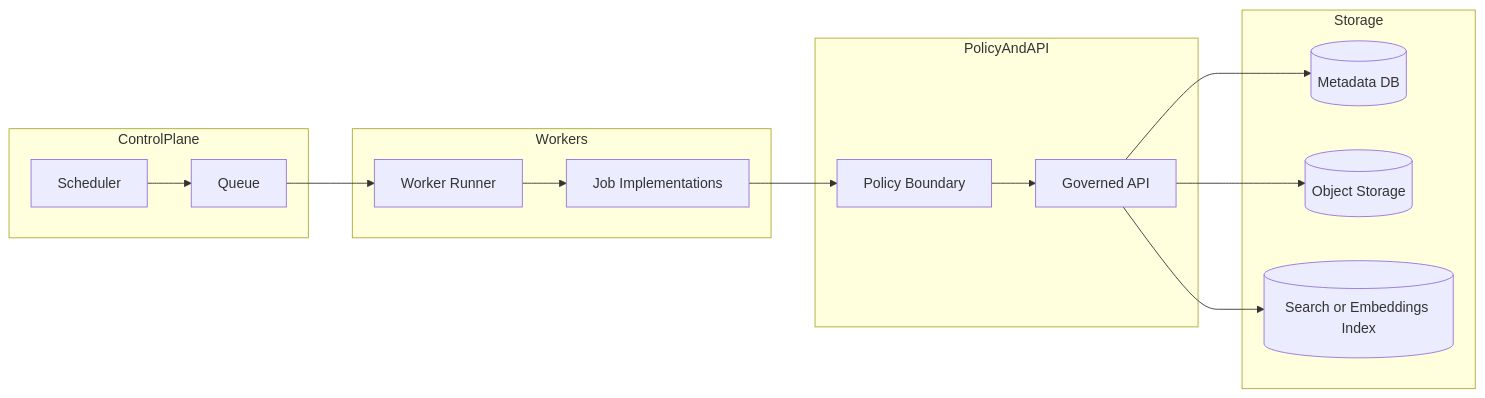
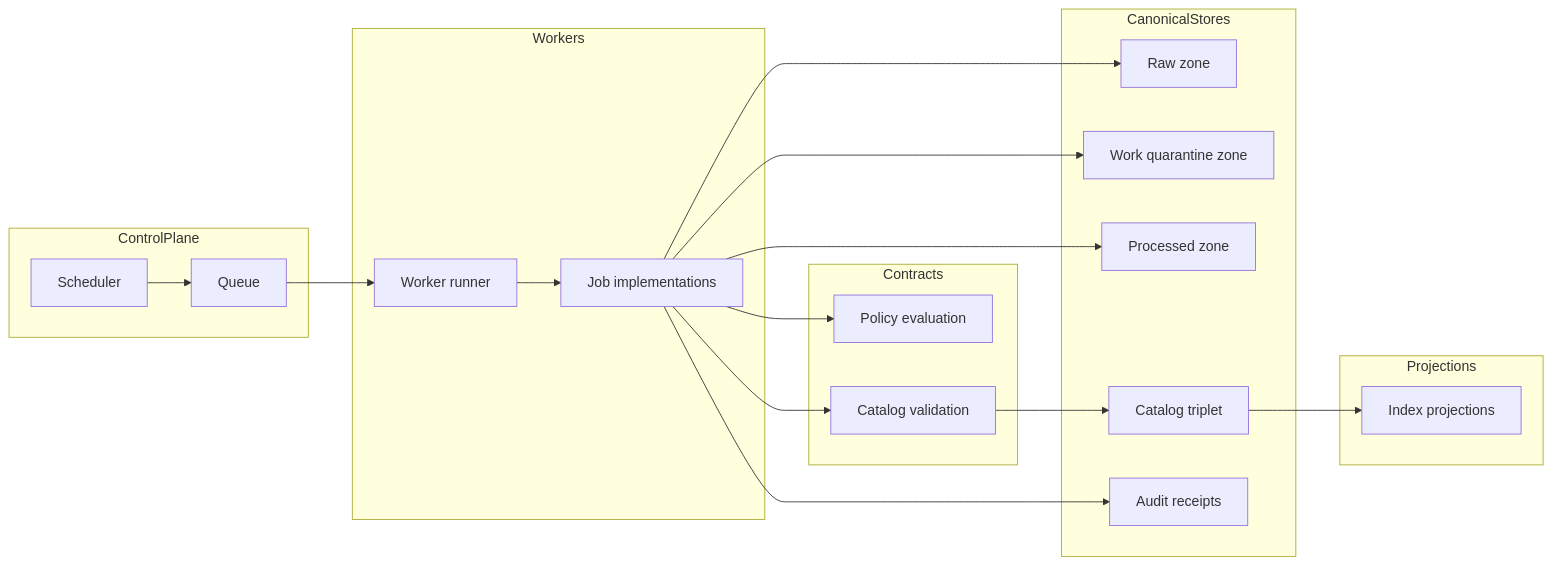
The diagram in apps/workers/README.md (bartytime4life/Kansas-Frontier-Matrix), drawn with Mermaid before and after one commit. The commit also changed other lines of this file, not shown here.

````diff
--- a/apps/workers/README.md
+++ b/apps/workers/README.md
@@ -83,32 +198,42 @@
 ```mermaid
 flowchart LR
   subgraph ControlPlane
     S[Scheduler]
     Q[Queue]
   end
 
   subgraph Workers
-    W[Worker Runner]
-    J[Job Implementations]
+    R[Worker runner]
+    J[Job implementations]
   end
 
-  subgraph PolicyAndAPI
-    P[Policy Boundary]
-    A[Governed API]
+  subgraph Contracts
+    PDP[Policy evaluation]
+    CAT[Catalog validation]
   end
 
-  subgraph Storage
-    DB[(Metadata DB)]
-    OBJ[(Object Storage)]
-    IDX[(Search or Embeddings Index)]
+  subgraph CanonicalStores
+    RAW[Raw zone]
+    WQ[Work quarantine zone]
+    PR[Processed zone]
+    TRIP[Catalog triplet]
+    AUD[Audit receipts]
+  end
+
+  subgraph Projections
+    IDX[Index projections]
   end
 
   S --> Q
-  Q --> W
-  W --> J
-  J --> P
-  P --> A
-  A --> DB
-  A --> OBJ
-  A --> IDX
+  Q --> R
+  R --> J
+
+  J --> PDP
+  J --> RAW
+  J --> WQ
+  J --> PR
+  J --> CAT
+  CAT --> TRIP
+  J --> AUD
+  TRIP --> IDX
 ```
````
